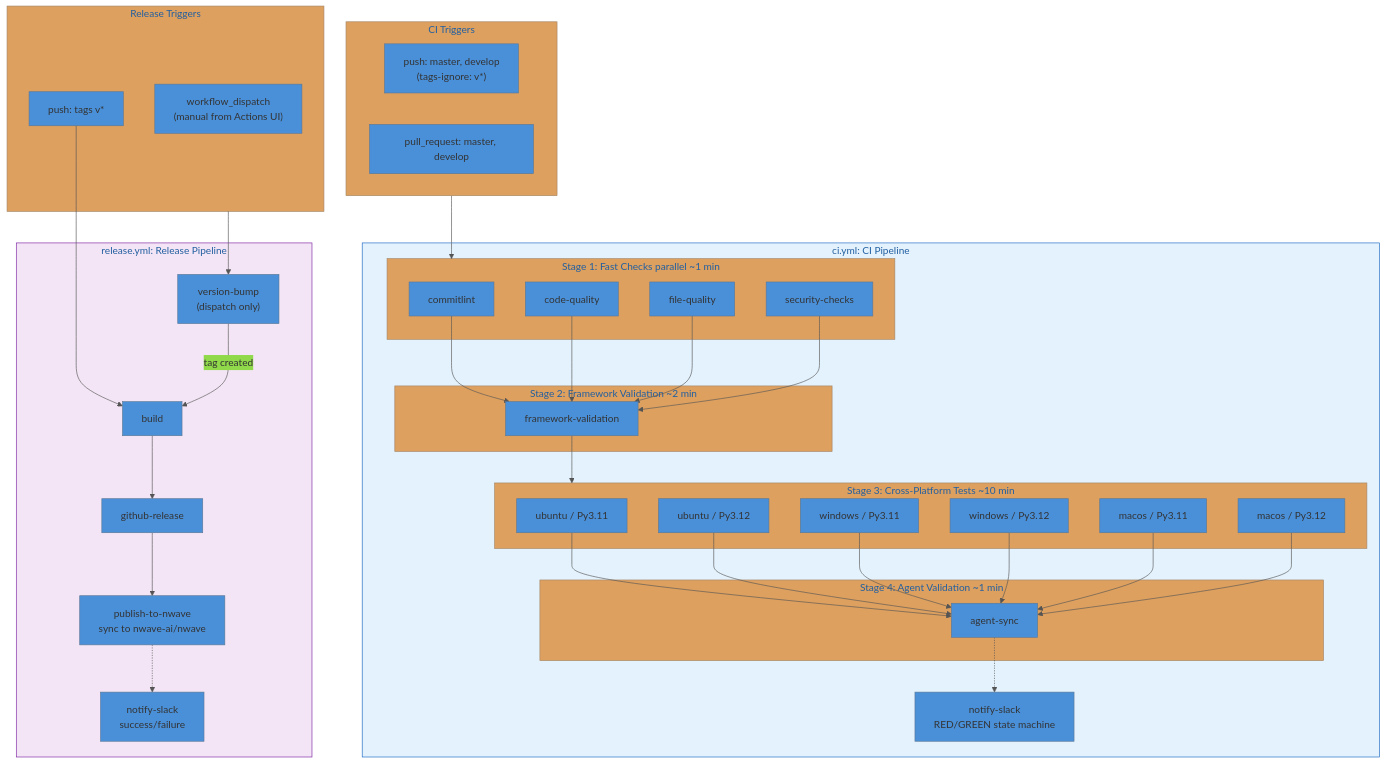
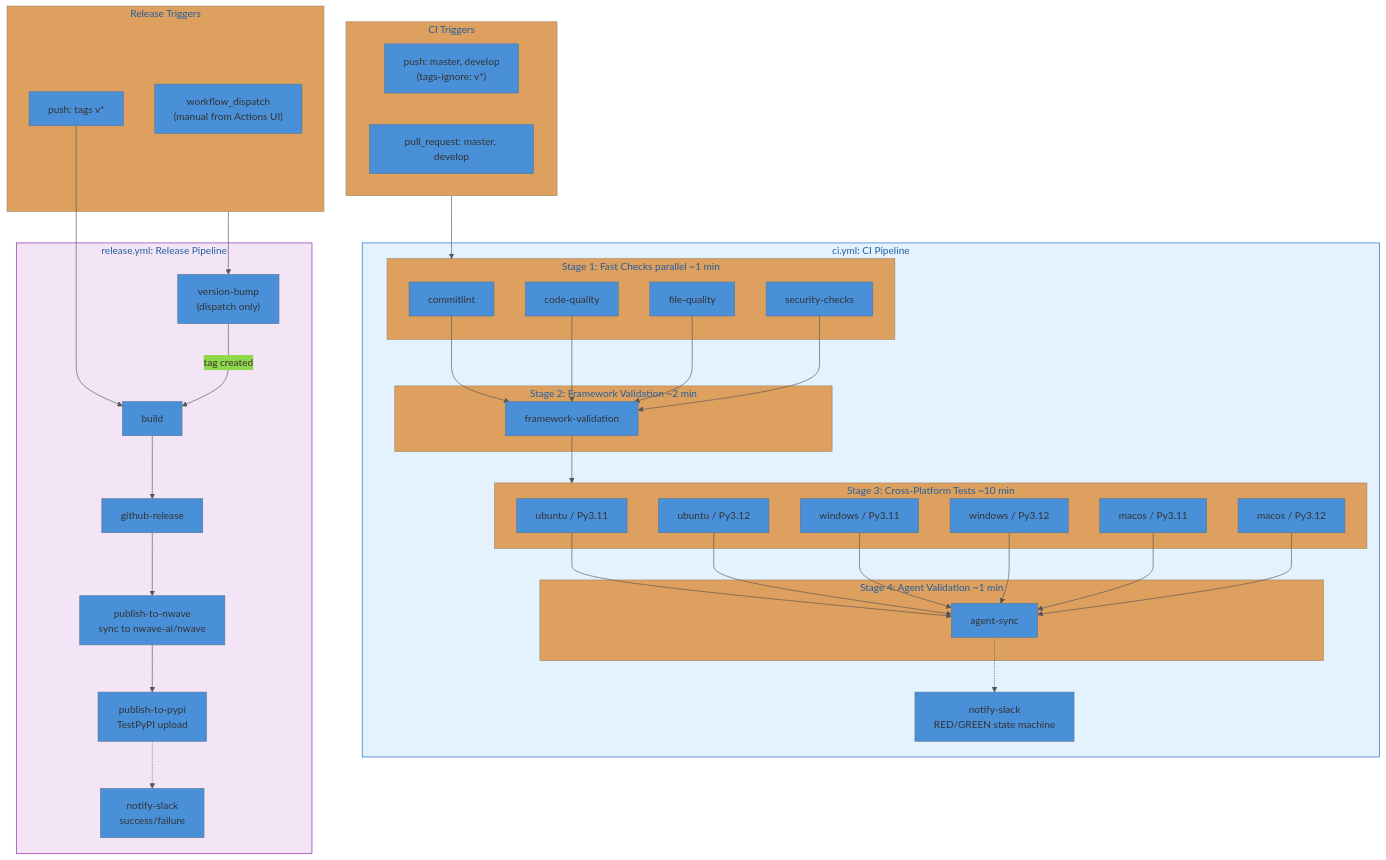
The diagram in .github/workflows/README.md (nWave-ai/nWave-experimental), drawn with Mermaid before and after one commit. The commit also changed other lines of this file, not shown here.

````diff
--- a/.github/workflows/README.md
+++ b/.github/workflows/README.md
@@ -7,64 +7,66 @@
 ```mermaid
 %%{init: {'theme': 'base', 'themeVariables': {'primaryColor': '#4A90D9', 'lineColor': '#555'}}}%%
 flowchart TD
     subgraph ci_trigger["CI Triggers"]
         CT1["push: master, develop<br/>(tags-ignore: v*)"]
         CT3["pull_request: master, develop"]
     end
 
     subgraph ci["ci.yml: CI Pipeline"]
         style ci fill:#E3F2FD,stroke:#1565C0
         subgraph stage1["Stage 1: Fast Checks  parallel  ~1 min"]
             CL["commitlint"]
             CQ["code-quality"]
             FQ["file-quality"]
             SC["security-checks"]
         end
 
         subgraph stage2["Stage 2: Framework Validation  ~2 min"]
             FV["framework-validation"]
         end
 
         subgraph stage3["Stage 3: Cross-Platform Tests  ~10 min"]
             T_UL11["ubuntu / Py3.11"]
             T_UL12["ubuntu / Py3.12"]
             T_WL11["windows / Py3.11"]
             T_WL12["windows / Py3.12"]
             T_ML11["macos / Py3.11"]
             T_ML12["macos / Py3.12"]
         end
 
         subgraph stage4["Stage 4: Agent Validation  ~1 min"]
             AS["agent-sync"]
         end
 
         CI_NS["notify-slack<br/>RED/GREEN state machine"]
     end
 
     subgraph rel_trigger["Release Triggers"]
         RT1["workflow_dispatch<br/>(manual from Actions UI)"]
         RT2["push: tags v*"]
     end
 
     subgraph rel["release.yml: Release Pipeline"]
         style rel fill:#F3E5F5,stroke:#7B1FA2
         VB["version-bump<br/>(dispatch only)"]
         BD["build"]
         GR["github-release"]
         PN["publish-to-nwave<br/>sync to nwave-ai/nwave"]
+        PP["publish-to-pypi<br/>TestPyPI upload"]
         REL_NS["notify-slack<br/>success/failure"]
     end
 
     ci_trigger --> stage1
     CL & CQ & FQ & SC --> FV
     FV --> stage3
     T_UL11 & T_UL12 & T_WL11 & T_WL12 & T_ML11 & T_ML12 --> AS
     AS -.-> CI_NS
 
     rel_trigger --> VB
     RT2 --> BD
     VB -->|"tag created"| BD
     BD --> GR
     GR --> PN
-    PN -.-> REL_NS
+    PN --> PP
+    PP -.-> REL_NS
 ```
````
